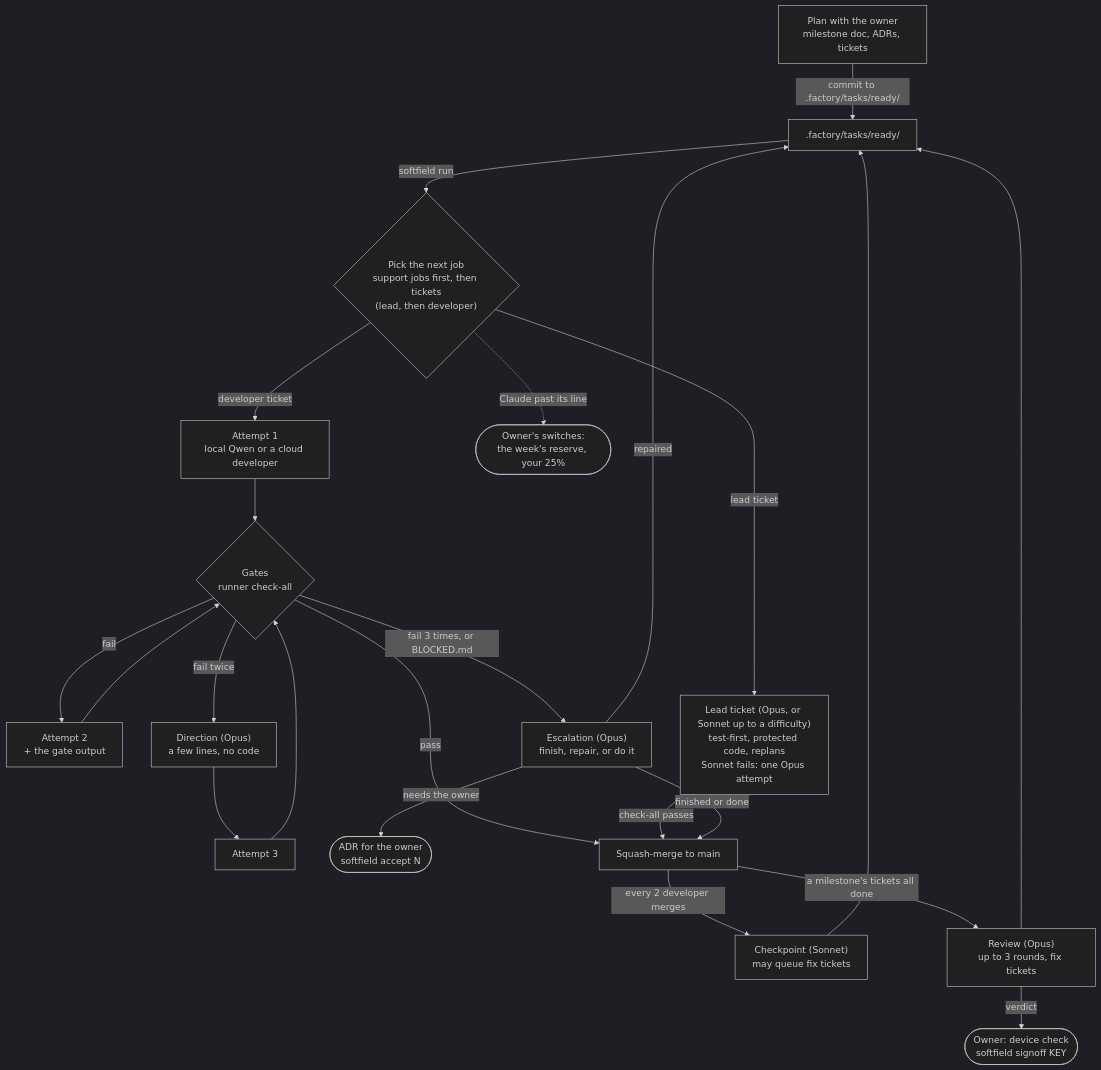
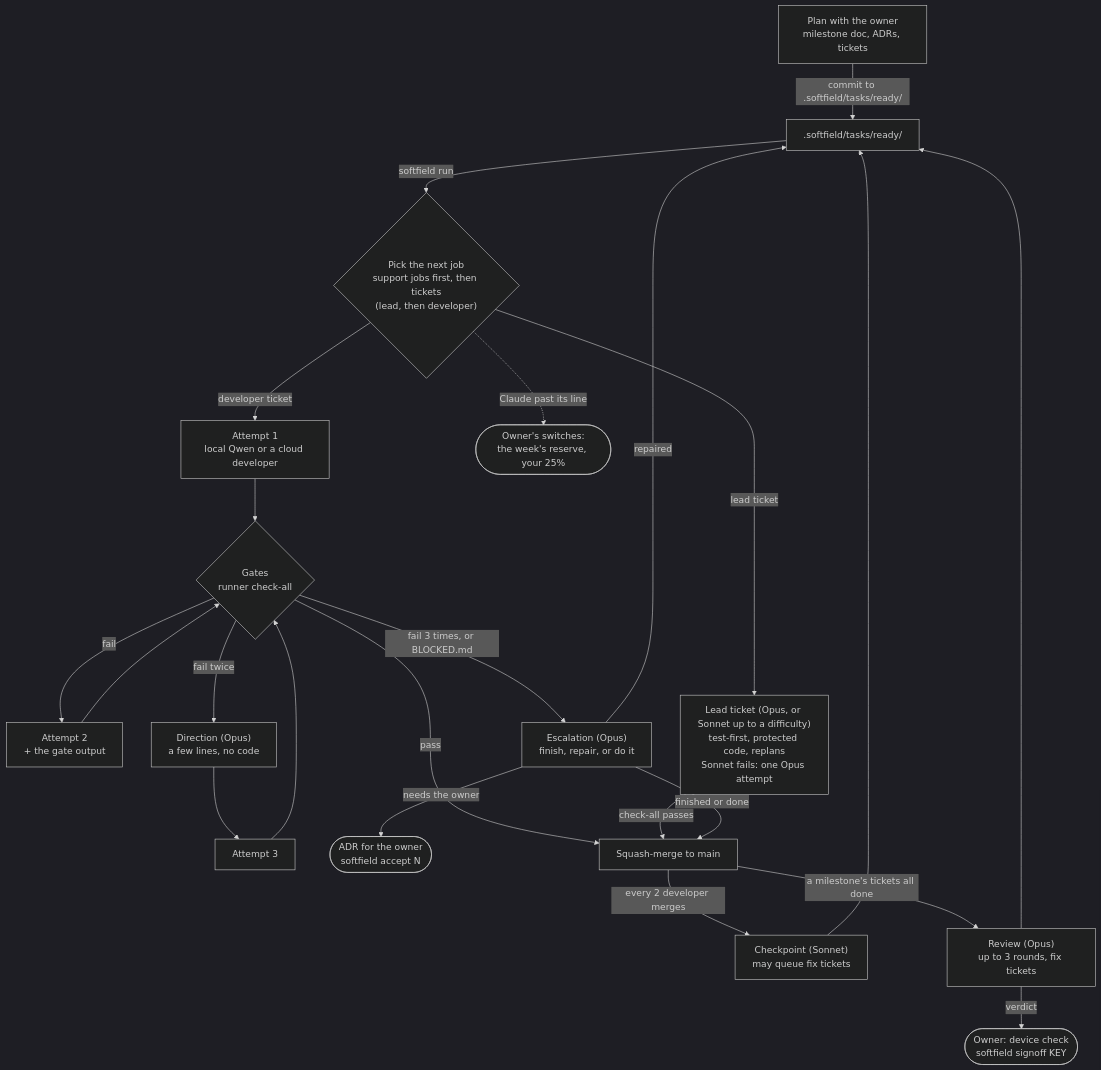
The diagram in docs/how-it-works.md (epayet/softfield), drawn with Mermaid (dark theme) before and after one commit. The commit also changed other lines of this file and 1828 other files, not shown here.

````diff
--- a/docs/how-it-works.md
+++ b/docs/how-it-works.md
@@ -7,25 +7,25 @@
 ```mermaid
 flowchart TD
-  plan["Plan with the owner<br/>milestone doc, ADRs, tickets"] -->|"commit to .factory/tasks/ready/"| ready[".factory/tasks/ready/"]
+  plan["Plan with the owner<br/>milestone doc, ADRs, tickets"] -->|"commit to .softfield/tasks/ready/"| ready[".softfield/tasks/ready/"]
   ready -->|"softfield run"| pick{"Pick the next job<br/>support jobs first, then tickets<br/>(lead, then developer)"}
   pick -->|"developer ticket"| a1["Attempt 1<br/>local Qwen or a cloud developer"]
   a1 --> gates{"Gates<br/>runner check-all"}
   gates -->|fail| a2["Attempt 2<br/>+ the gate output"]
   a2 --> gates
   gates -->|"fail twice"| dir["Direction (Opus)<br/>a few lines, no code"]
   dir --> a3["Attempt 3"]
   a3 --> gates
   gates -->|"fail 3 times, or BLOCKED.md"| esc["Escalation (Opus)<br/>finish, repair, or do it"]
   esc -->|"repaired"| ready
   esc -->|"needs the owner"| adr(["ADR for the owner<br/>softfield accept N"])
   pick -->|"lead ticket"| lead["Lead ticket (Opus, or Sonnet up to a difficulty)<br/>test-first, protected code, replans<br/>Sonnet fails: one Opus attempt"]
   gates -->|pass| merge["Squash-merge to main"]
   lead -->|"check-all passes"| merge
   esc -->|"finished or done"| merge
   merge -->|"every 2 developer merges"| cp["Checkpoint (Sonnet)<br/>may queue fix tickets"]
   cp --> ready
   merge -->|"a milestone's tickets all done"| review["Review (Opus)<br/>up to 3 rounds, fix tickets"]
   review --> ready
   review -->|"verdict"| signoff(["Owner: device check<br/>softfield signoff KEY"])
   pick -.->|"Claude past its line"| reserve(["Owner's switches:<br/>the week's reserve, your 25%"])
 ```
````
